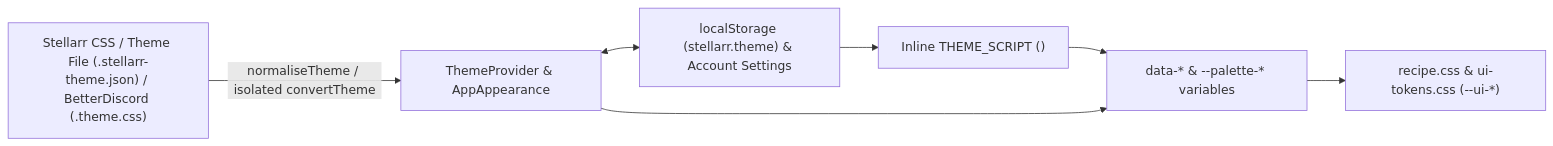
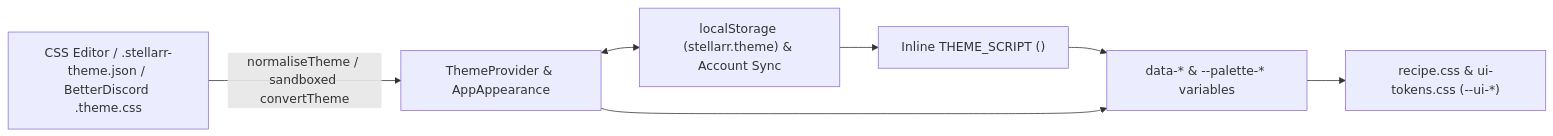
One commit to Arkazzae/Stellar changed the diagram in docs/themes.md. Above: the diagram before and after it, drawn with Mermaid. The commit also changed other lines of this file and 17 other files, not shown here.

````diff
--- a/docs/themes.md
+++ b/docs/themes.md
@@ -7,14 +7,14 @@
 ```mermaid
 flowchart LR
-    Storage["localStorage (stellarr.theme) & Account Settings"]
+    Storage["localStorage (stellarr.theme) & Account Sync"]
     PrePaint["Inline THEME_SCRIPT (<head>)"]
     Provider["ThemeProvider & AppAppearance"]
     DOM["<html> data-* & --palette-* variables"]
     CSS["recipe.css & ui-tokens.css (--ui-*)"]
-    Import["Stellarr CSS / Theme File (.stellarr-theme.json) / BetterDiscord (.theme.css)"]
+    Import["CSS Editor / .stellarr-theme.json / BetterDiscord .theme.css"]
 
-    Import -->|"normaliseTheme / isolated convertTheme"| Provider
+    Import -->|"normaliseTheme / sandboxed convertTheme"| Provider
     Storage --> PrePaint --> DOM
     Provider <--> Storage
     Provider --> DOM --> CSS
 ```
````
